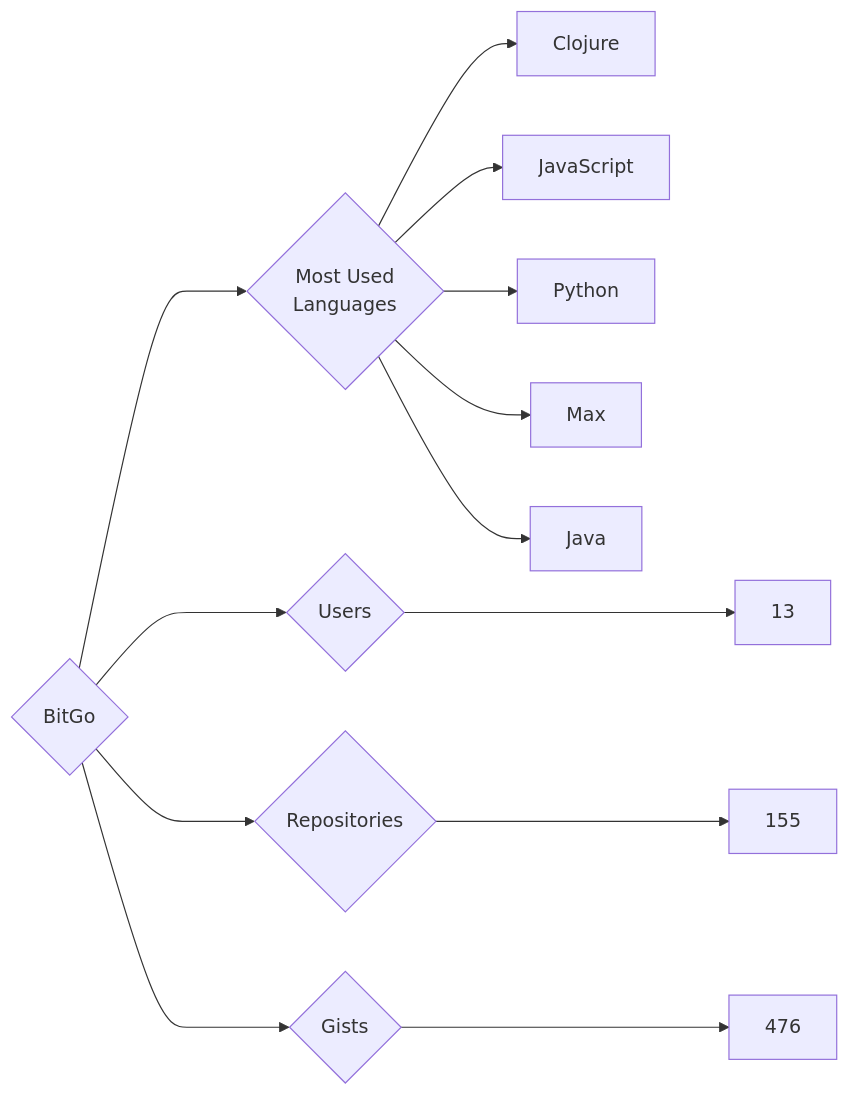
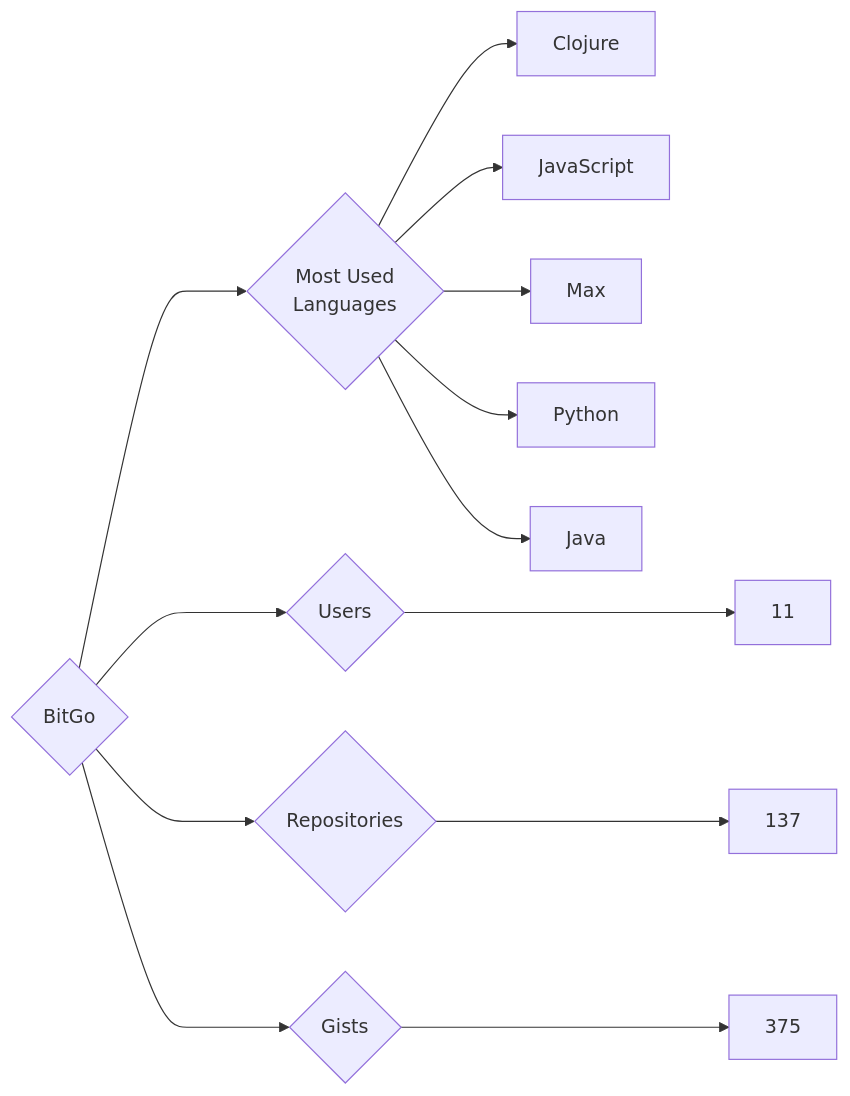
The diagram in targets/BitGo/README.md (trickest/insiders), drawn with Mermaid before and after one commit. The commit also changed 1078 other files, not shown here.

````diff
--- a/targets/BitGo/README.md
+++ b/targets/BitGo/README.md
@@ -3,13 +3,13 @@
 ```mermaid
 graph LR
 COMPANY_NAME{BitGo}
-COMPANY_NAME ---> U{Users} ---> UN[13]
-COMPANY_NAME ---> R{Repositories} ---> RN[155]
-COMPANY_NAME ---> G{Gists} ---> GN[476]
+COMPANY_NAME ---> U{Users} ---> UN[11]
+COMPANY_NAME ---> R{Repositories} ---> RN[137]
+COMPANY_NAME ---> G{Gists} ---> GN[375]
 COMPANY_NAME ---> ML{Most Used<br>Languages}
 ML --> Clojure[Clojure]
 ML --> JavaScript[JavaScript]
+ML --> Max[Max]
 ML --> Python[Python]
-ML --> Max[Max]
 ML --> Java[Java]
 ```
````
